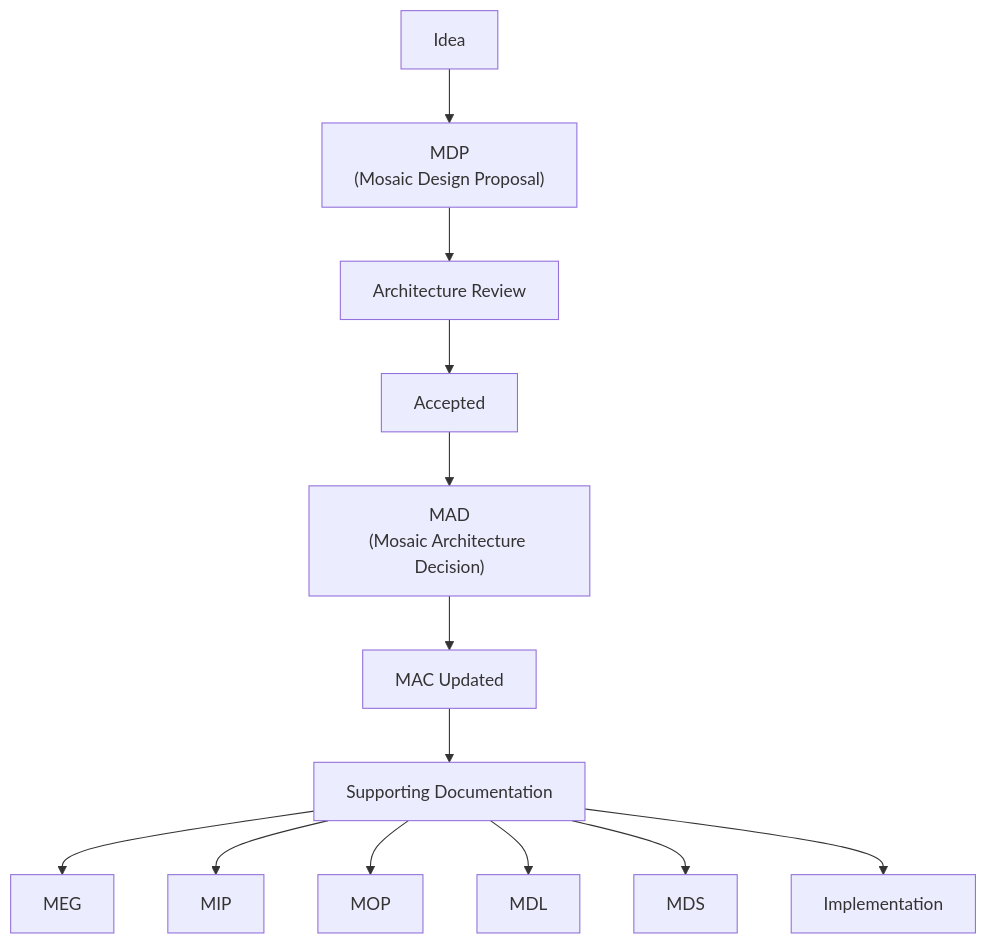
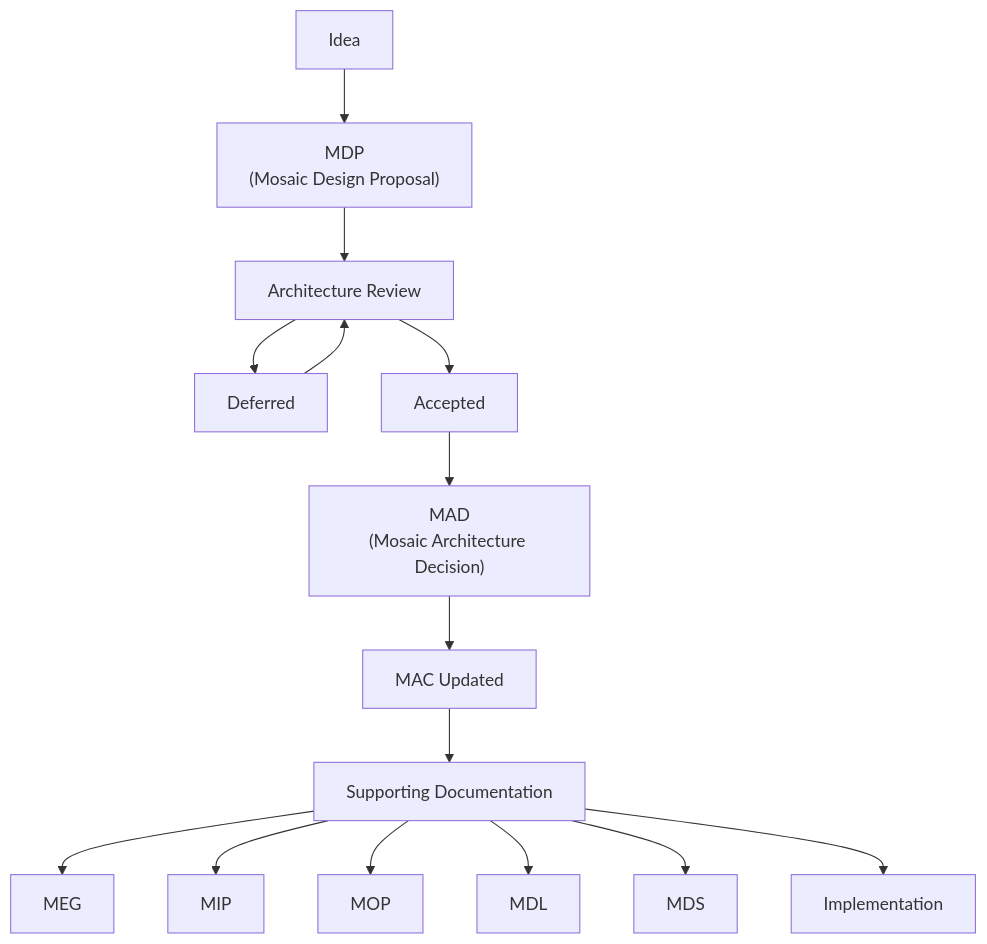
One commit to mosaic-media/mosaic-architecture changed the diagram in docs/engineering/documentation/mdg-001-documentation-authority-guide/08-document-lifecycle.md. Above: the diagram before and after it, drawn with Mermaid. The commit also changed other lines of this file and 168 other files, not shown here.

Commit message:
docs: introduce roadmap and deferred proposal structure

````diff
--- a/docs/engineering/documentation/mdg-001-documentation-authority-guide/08-document-lifecycle.md
+++ b/docs/engineering/documentation/mdg-001-documentation-authority-guide/08-document-lifecycle.md
@@ -34,30 +34,33 @@
 ```mermaid
 flowchart TD
 
 N1["Idea"]
 N2["MDP<br/>(Mosaic Design Proposal)"]
 N3["Architecture Review"]
+N3D["Deferred"]
 N4["Accepted"]
 N5["MAD<br/>(Mosaic Architecture Decision)"]
 N6["MAC Updated"]
 N7["Supporting Documentation"]
 N8["MEG"]
 N9["MIP"]
 N10["MOP"]
 N11["MDL"]
 N12["MDS"]
 N13["Implementation"]
 
 N7 --> N8
 N7 --> N9
 N7 --> N10
 N7 --> N11
 N7 --> N12
 N1 --> N2
 N2 --> N3
 N3 --> N4
+N3 --> N3D
+N3D --> N3
 N4 --> N5
 N5 --> N6
 N6 --> N7
 N7 --> N13
 ```
````
